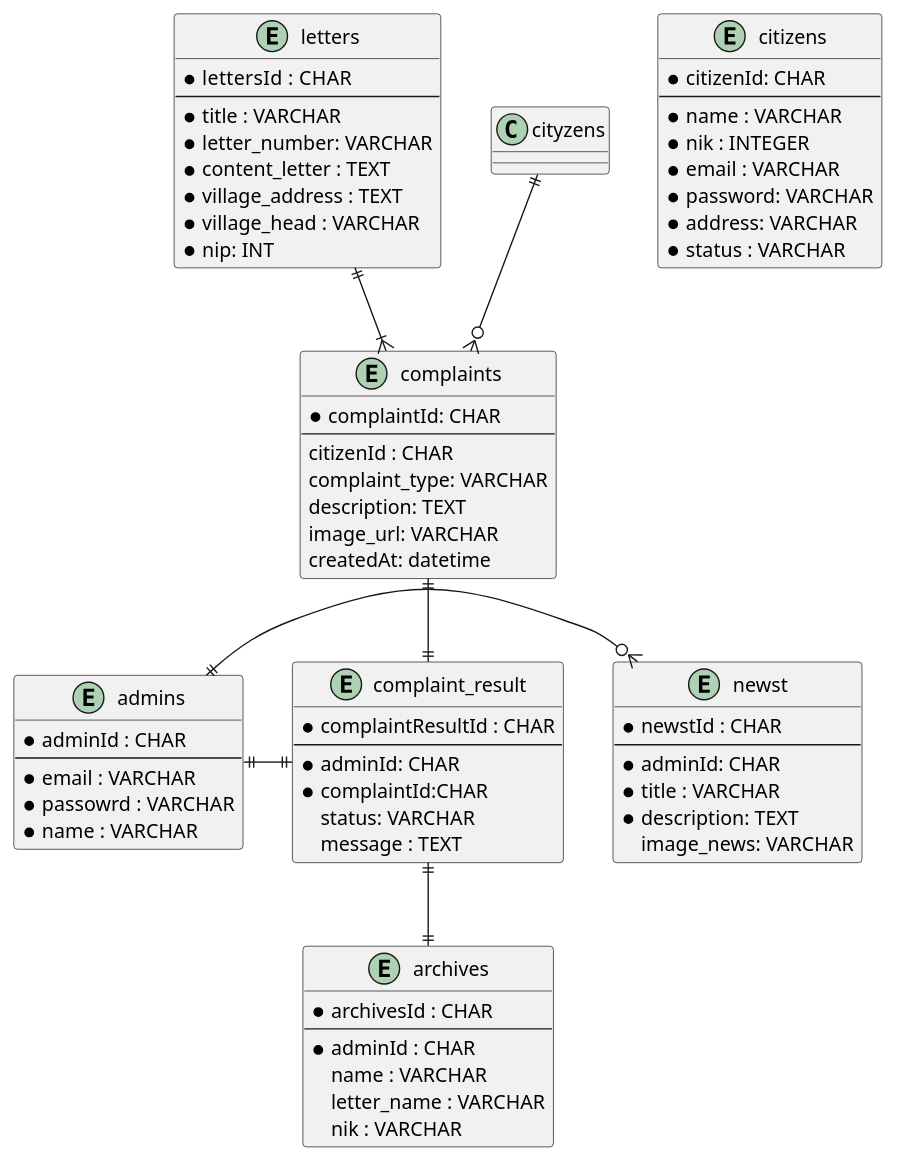
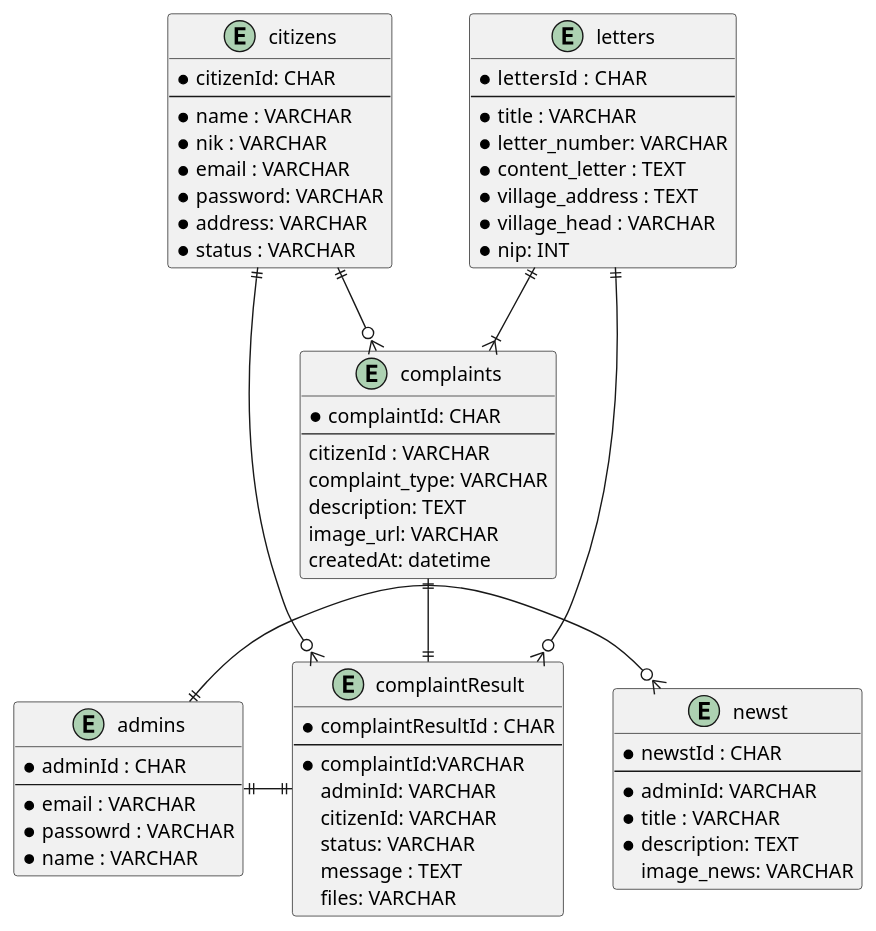
Before and after one commit to resiwicaksono98/Restfull-WadewaApp: the diagram in wadewa.puml, drawn with PlantUML. The commit also changed 13 other files, not shown here.

Commit message:
add service complaint admin"

```diff
--- a/wadewa.puml
+++ b/wadewa.puml
@@ -1,77 +1,72 @@
 @startuml
 
 entity citizens {
 	* citizenId: CHAR
 	--
 	* name : VARCHAR
-	* nik : INTEGER
+	* nik : VARCHAR
 	* email : VARCHAR
 	* password: VARCHAR
 	* address: VARCHAR
 	* status : VARCHAR
 }
 
 entity admins {
 	* adminId : CHAR
 	--
 	* email : VARCHAR
 	* passowrd : VARCHAR
 	* name : VARCHAR
 }
 
 entity complaints {
 	* complaintId: CHAR
 	--
-	citizenId : CHAR
+	citizenId : VARCHAR
 	complaint_type: VARCHAR
 	description: TEXT
 	image_url: VARCHAR
 	createdAt: datetime
 }
 
-entity complaint_result {
+entity complaintResult {
 	* complaintResultId : CHAR
 	--
-	* adminId: CHAR
-	* complaintId:CHAR
+	* complaintId:VARCHAR
+	adminId: VARCHAR
+	citizenId: VARCHAR
 	status: VARCHAR
 	message : TEXT
+	files: VARCHAR
 }
 
 entity newst {
 	* newstId : CHAR
 	--
-	* adminId: CHAR
+	* adminId: VARCHAR
 	* title : VARCHAR
 	* description: TEXT
 	image_news: VARCHAR
 }
 
 entity letters {
 	* lettersId :  CHAR
 	--
 	* title : VARCHAR
 	* letter_number: VARCHAR
 	* content_letter : TEXT
 	* village_address : TEXT
 	* village_head : VARCHAR
 	* nip: INT
 }
 
-entity archives {
-	* archivesId : CHAR
-	--
-	* adminId : CHAR
-	name : VARCHAR
-	letter_name : VARCHAR
-	nik : VARCHAR
-}
 
-cityzens ||--o{ complaints
-complaints ||--|| complaint_result
+citizens ||--o{ complaints
+complaints ||--|| complaintResult
 letters ||--|{ complaints
 admins ||-o{ newst
-admins ||-|| complaint_result
-complaint_result ||--|| archives
+admins ||-|| complaintResult
+citizens ||--o{ complaintResult
+letters ||--o{ complaintResult
 
 @enduml
```
